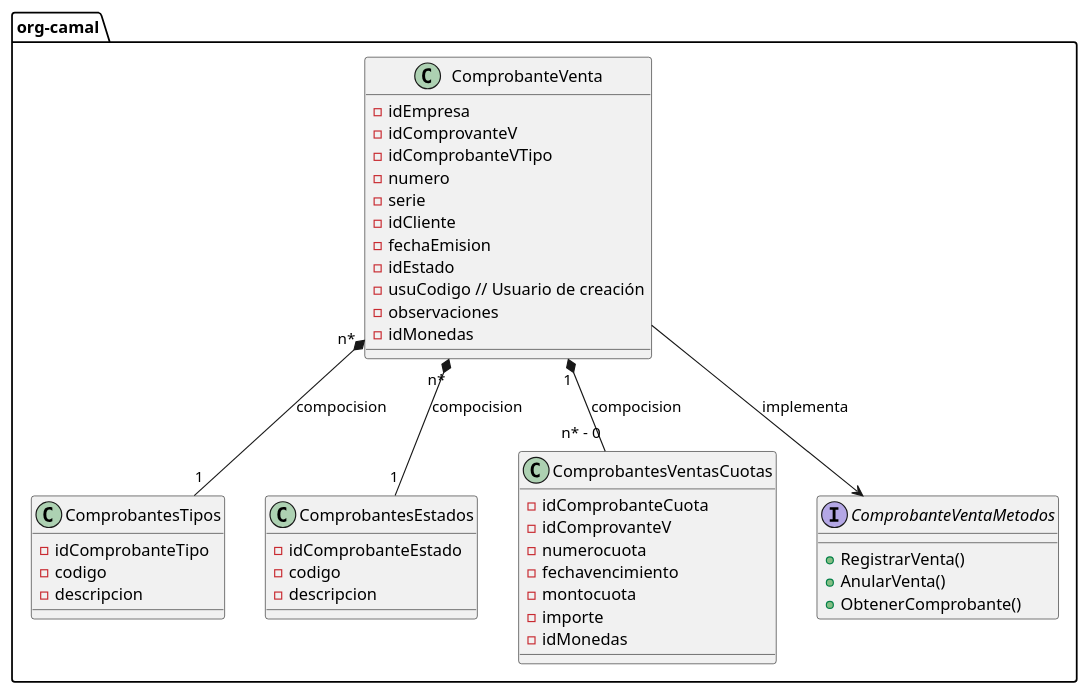
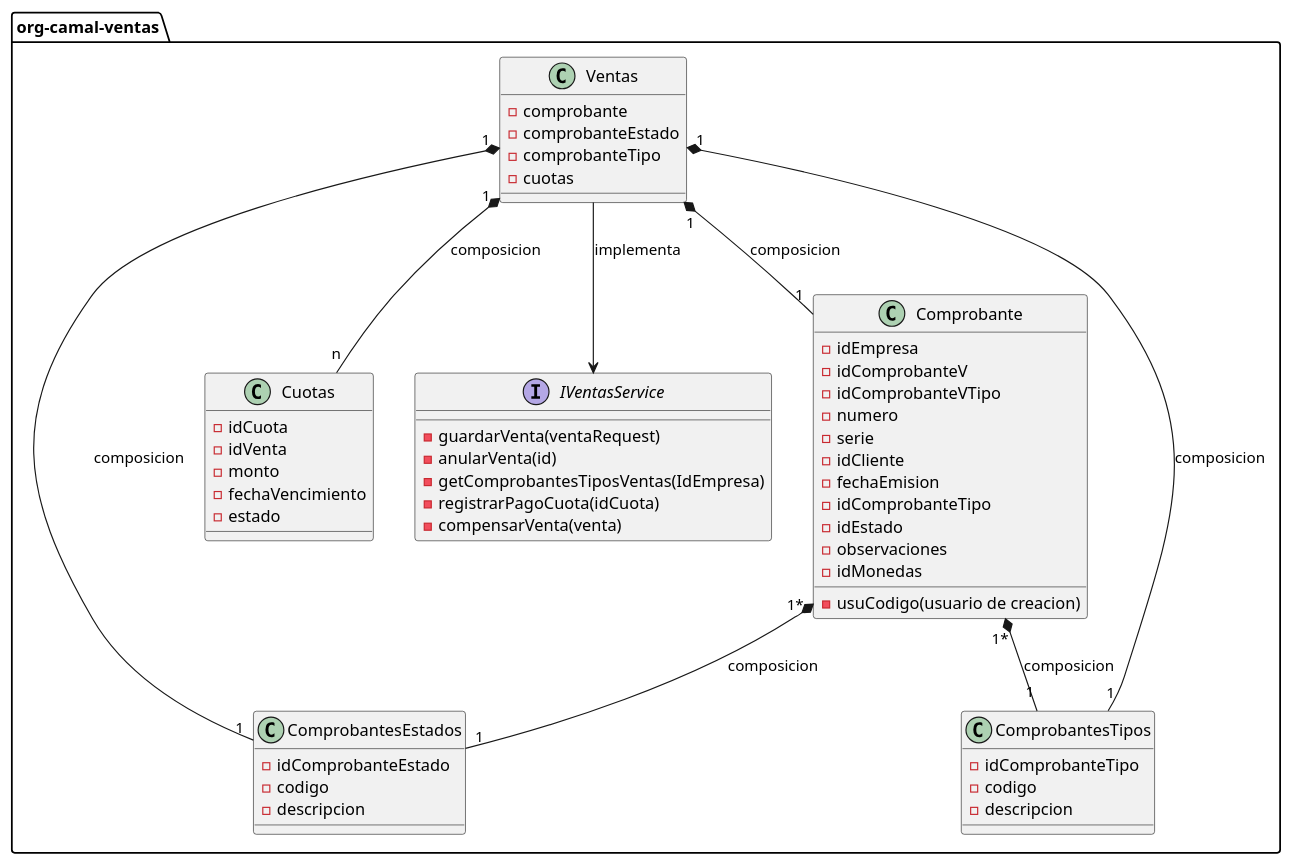
One commit to Digbers/camal-microservice changed the diagram in UML/ventas/DC ventas.puml. Above: the diagram before and after it, drawn with PlantUML. The commit also changed 174 other files, not shown here.

```diff
--- a/UML/ventas/DC ventas.puml
+++ b/UML/ventas/DC ventas.puml
@@ -1,47 +1,58 @@
 @startuml
 
-package "org-camal" {
-    class ComprobanteVenta{
+package "org-camal-ventas" {
+    class Comprobante{
         -idEmpresa
-        -idComprovanteV
+        -idComprobanteV
         -idComprobanteVTipo
         -numero
         -serie
         -idCliente
         -fechaEmision
+        -idComprobanteTipo
         -idEstado
-        -usuCodigo // Usuario de creación
+        -usuCodigo(usuario de creacion)
         -observaciones
         -idMonedas
+    }
+    class Ventas{
+        - comprobante
+        - comprobanteEstado
+        - comprobanteTipo
+        - cuotas
+    }
+    class Cuotas{
+        - idCuota
+        - idVenta
+        - monto
+        - fechaVencimiento
+        - estado
+    }
+    interface IVentasService {
+        - guardarVenta(ventaRequest)
+        - anularVenta(id)
+        - getComprobantesTiposVentas(IdEmpresa)
+        - registrarPagoCuota(idCuota)
+        - compensarVenta(venta)
+    }
+    class ComprobantesEstados {
+        -idComprobanteEstado
+        -codigo
+        -descripcion
     }
     class ComprobantesTipos {
         -idComprobanteTipo
         -codigo
         -descripcion
     }
-    class ComprobantesEstados {
-        -idComprobanteEstado
-        -codigo
-        -descripcion
-    }
-    class ComprobantesVentasCuotas {
-        -idComprobanteCuota
-        -idComprovanteV
-        -numerocuota
-        -fechavencimiento
-        -montocuota
-        -importe
-        -idMonedas
-    }
-    interface ComprobanteVentaMetodos {
-        + RegistrarVenta()
-        + AnularVenta()
-        + ObtenerComprobante()
-    }
-    ComprobanteVenta "n*" *-- "1" ComprobantesTipos : compocision
-    ComprobanteVenta "n*" *-- "1" ComprobantesEstados : compocision
-    ComprobanteVenta "1" *-- "n* - 0" ComprobantesVentasCuotas : compocision
-    ComprobanteVenta --> ComprobanteVentaMetodos : implementa
-    }
+
+    Ventas "1" *-- "1" Comprobante : composicion
+    Ventas "1" *-- "1" ComprobantesEstados : composicion
+    Ventas "1" *-- "1" ComprobantesTipos : composicion
+    Ventas "1" *-- "n" Cuotas : composicion
+    Ventas --> IVentasService : implementa
+    Comprobante "1*" *-- "1" ComprobantesEstados : composicion
+    Comprobante "1*" *-- "1" ComprobantesTipos : composicion
+}
 
 @enduml
```
